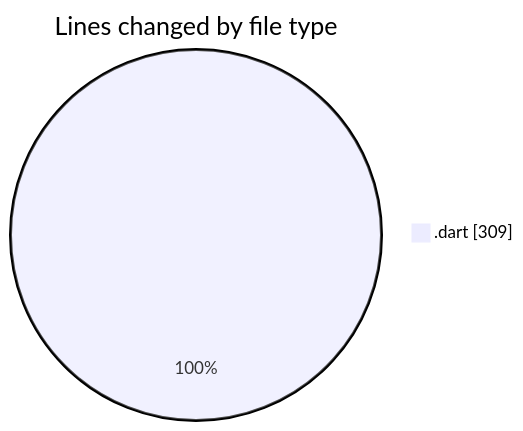
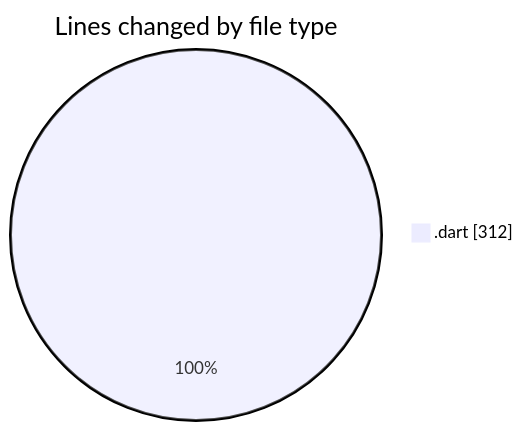
One commit to donsfak/code-tracking changed the first of 2 diagrams in 2025-01-23/trackers_app/README.md. Above: the diagram before and after it, drawn with Mermaid. The commit also changed other lines of this file and 1 other file, not shown here.

````diff
--- a/2025-01-23/trackers_app/README.md
+++ b/2025-01-23/trackers_app/README.md
@@ -22,5 +22,5 @@
 ```mermaid
 pie showData
 title Lines changed by file type
-".dart" : 309
+".dart" : 312
 ```
````
